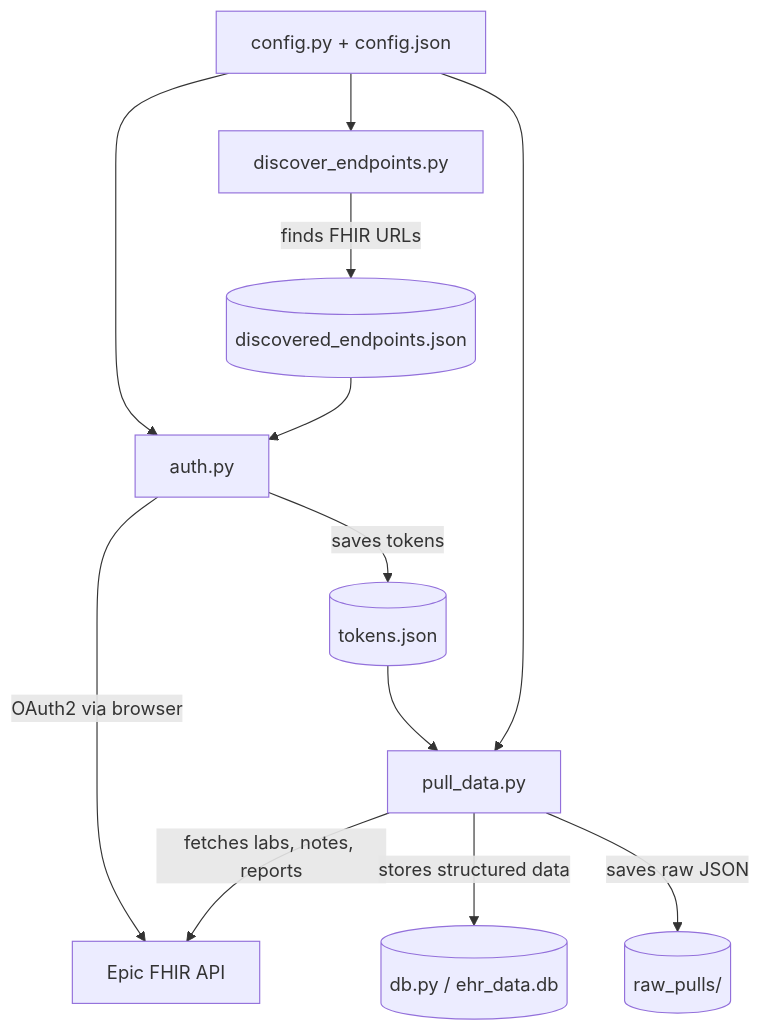
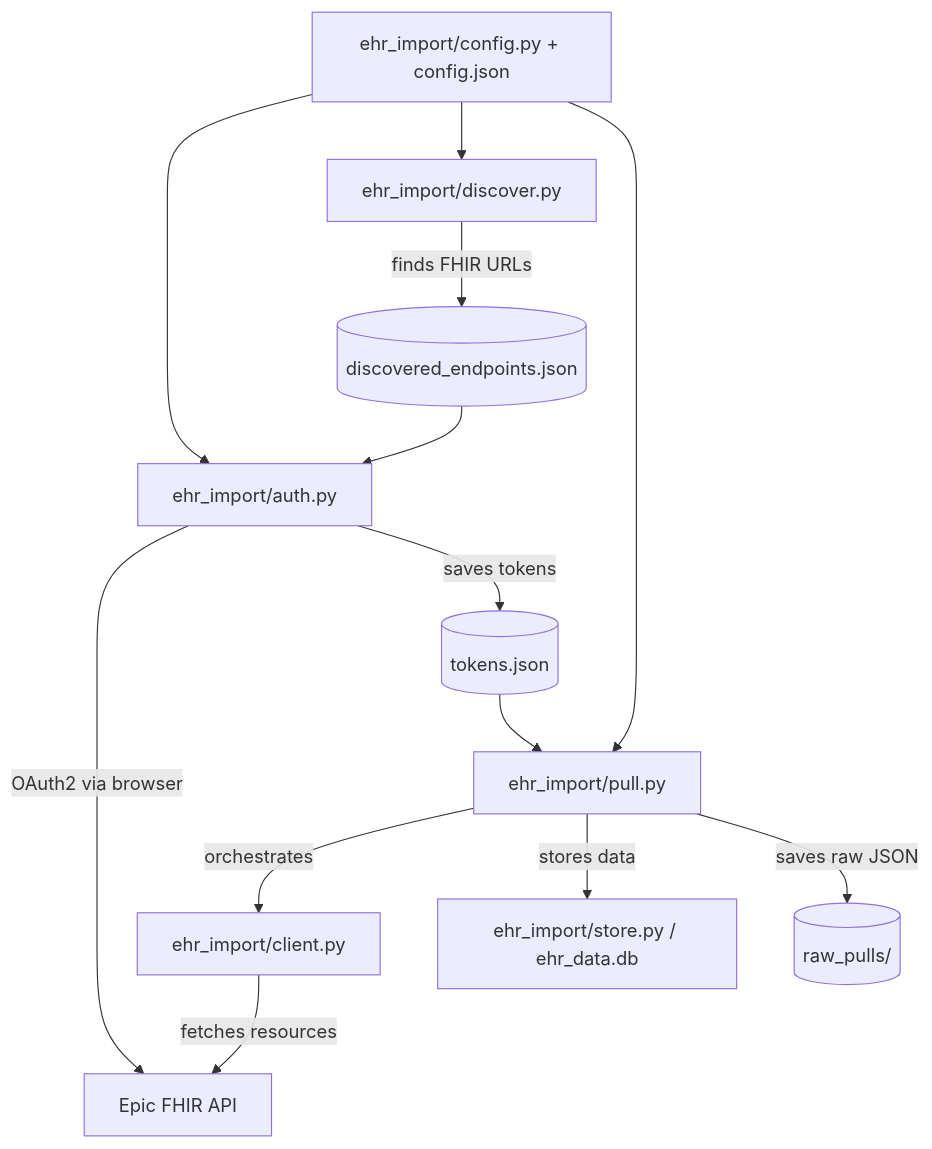
Before and after one commit to berkakinci/EHR-Import: the diagram in docs/DEVELOPMENT.md, drawn with Mermaid. The commit also changed other lines of this file and 29 other files, not shown here.

First line of the commit message:
Restructure into ehr_import/ package with OO design

````diff
--- a/docs/DEVELOPMENT.md
+++ b/docs/DEVELOPMENT.md
@@ -5,17 +5,18 @@
 ```mermaid
 flowchart TD
-    config[config.py + config.json] --> auth
+    config[ehr_import/config.py + config.json] --> auth
     config --> discover
     config --> pull
 
-    discover[discover_endpoints.py] -->|finds FHIR URLs| endpoints[(discovered_endpoints.json)]
+    discover[ehr_import/discover.py] -->|finds FHIR URLs| endpoints[(discovered_endpoints.json)]
     endpoints --> auth
 
-    auth[auth.py] -->|OAuth2 via browser| epic[Epic FHIR API]
+    auth[ehr_import/auth.py] -->|OAuth2 via browser| epic[Epic FHIR API]
     auth -->|saves tokens| tokens[(tokens.json)]
 
     tokens --> pull
-    pull[pull_data.py] -->|fetches labs, notes, reports| epic
-    pull -->|stores structured data| db[(db.py / ehr_data.db)]
+    pull[ehr_import/pull.py] -->|orchestrates| client[ehr_import/client.py]
+    client -->|fetches resources| epic
+    pull -->|stores data| store[ehr_import/store.py / ehr_data.db]
     pull -->|saves raw JSON| raw[(raw_pulls/)]
 ```
````
